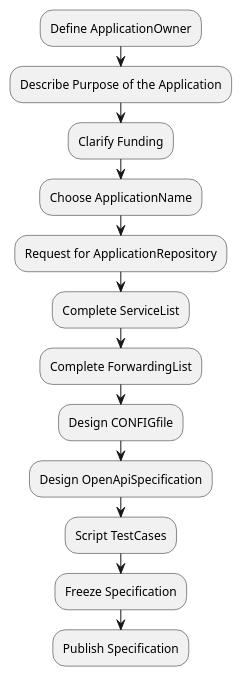
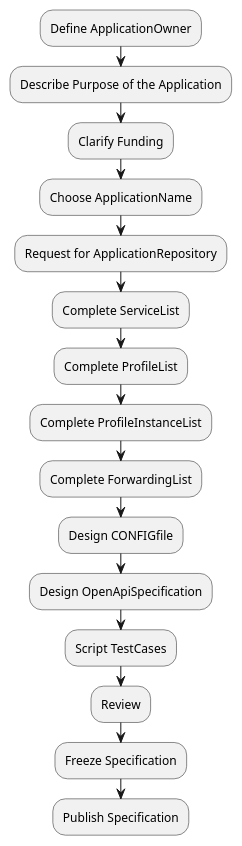
One commit to openBackhaul/ApplicationPattern changed the diagram in doc/SpecifyingApplications/pictures/workflow.plantuml. Above: the diagram before and after it, drawn with PlantUML. The commit also changed 1 other file, not shown here.

Commit message:
Add "Review" to workflow and update plantuml Fixes #161

```diff
--- a/doc/SpecifyingApplications/pictures/workflow.plantuml
+++ b/doc/SpecifyingApplications/pictures/workflow.plantuml
@@ -1,14 +1,17 @@
 @startuml Workflow for Specifying Applications
 :Define ApplicationOwner;
 :Describe Purpose of the Application;
 :Clarify Funding;
 :Choose ApplicationName;
 :Request for ApplicationRepository;
 :Complete ServiceList;
+:Complete ProfileList;
+:Complete ProfileInstanceList;
 :Complete ForwardingList;
 :Design CONFIGfile;
 :Design OpenApiSpecification;
 :Script TestCases;
+:Review;
 :Freeze Specification;
 :Publish Specification;
 @enduml
```
